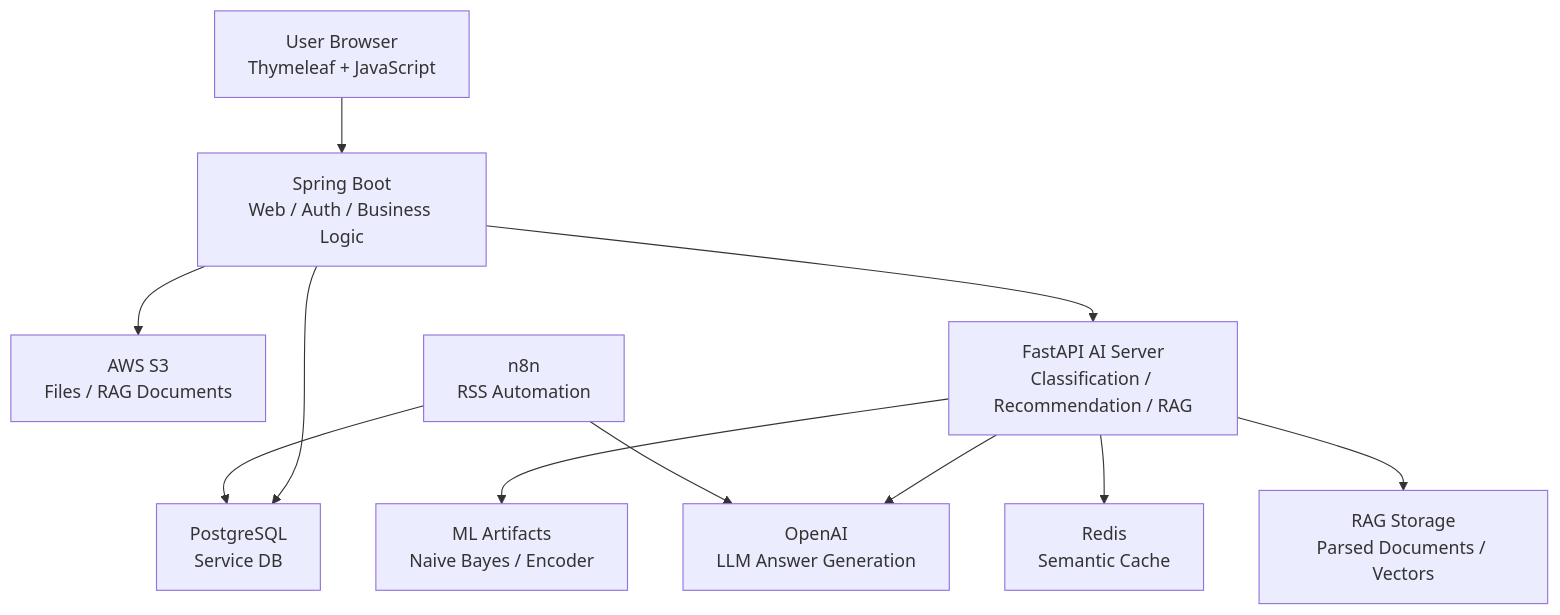
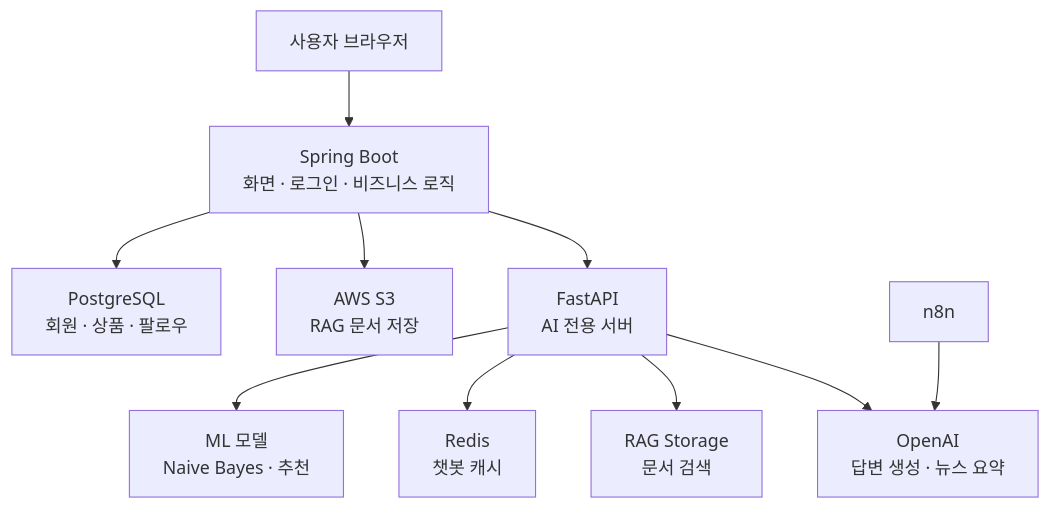
Before and after one commit to tomatosugarpickled/announcement-_ai: the eighth of 8 diagrams in README.md, drawn with Mermaid. The commit also changed other lines of this file and 6 other files, not shown here.

````diff
--- a/README.md
+++ b/README.md
@@ -356,13 +405,12 @@
 ```mermaid
 flowchart TB
-    Browser["User Browser<br/>Thymeleaf + JavaScript"] --> Spring["Spring Boot<br/>Web / Auth / Business Logic"]
-    Spring --> PostgreSQL["PostgreSQL<br/>Service DB"]
-    Spring --> S3["AWS S3<br/>Files / RAG Documents"]
-    Spring --> FastAPI["FastAPI AI Server<br/>Classification / Recommendation / RAG"]
-    FastAPI --> Model["ML Artifacts<br/>Naive Bayes / Encoder"]
-    FastAPI --> Redis["Redis<br/>Semantic Cache"]
-    FastAPI --> RAGStorage["RAG Storage<br/>Parsed Documents / Vectors"]
-    FastAPI --> OpenAI["OpenAI<br/>LLM Answer Generation"]
-    N8N["n8n<br/>RSS Automation"] --> OpenAI
-    N8N --> PostgreSQL
+    Browser["사용자 브라우저"] --> Spring["Spring Boot<br/>화면 · 로그인 · 비즈니스 로직"]
+    Spring --> DB["PostgreSQL<br/>회원 · 상품 · 팔로우"]
+    Spring --> S3["AWS S3<br/>RAG 문서 저장"]
+    Spring --> FastAPI["FastAPI<br/>AI 전용 서버"]
+    FastAPI --> ML["ML 모델<br/>Naive Bayes · 추천"]
+    FastAPI --> Redis["Redis<br/>챗봇 캐시"]
+    FastAPI --> RAG["RAG Storage<br/>문서 검색"]
+    FastAPI --> OpenAI["OpenAI<br/>답변 생성 · 뉴스 요약"]
+    N8N["n8n"] --> OpenAI
 ```
````
